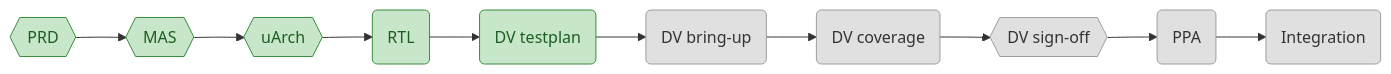
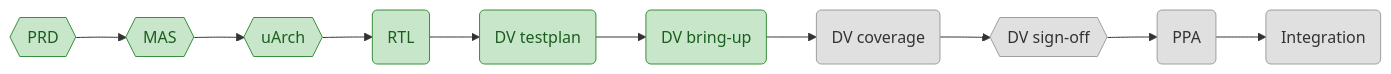
Before and after one commit to matanco64/HWSW_Project: the first of 3 diagrams in hw/PROGRESS.md, drawn with Mermaid. The commit also changed other lines of this file and 11 other files, not shown here.

First line of the commit message:
hw: grape_pipeline dv_bringup done — pyuvm TB green on Verilator+Icarus, bit-exact vs golden, K1=126

````diff
--- a/hw/PROGRESS.md
+++ b/hw/PROGRESS.md
@@ -10,21 +10,21 @@
 ```mermaid
 flowchart LR
     prd{{PRD}}
     mas{{MAS}}
     uarch{{uArch}}
     rtl(RTL)
     dv_testplan(DV testplan)
     dv_bringup(DV bring-up)
     dv_coverage(DV coverage)
     dv_signoff{{DV sign-off}}
     ppa(PPA)
     integration(Integration)
     prd --> mas --> uarch --> rtl --> dv_testplan --> dv_bringup --> dv_coverage --> dv_signoff --> ppa --> integration
     classDef todo fill:#e0e0e0,stroke:#9e9e9e,color:#333
     classDef in_progress fill:#bbdefb,stroke:#1976d2,color:#0d47a1
     classDef review fill:#ffe0b2,stroke:#f57c00,color:#e65100
     classDef done fill:#c8e6c9,stroke:#388e3c,color:#1b5e20
     classDef blocked fill:#ffcdd2,stroke:#d32f2f,color:#b71c1c
-    class dv_bringup,dv_coverage,dv_signoff,ppa,integration todo
-    class prd,mas,uarch,rtl,dv_testplan done
+    class dv_coverage,dv_signoff,ppa,integration todo
+    class prd,mas,uarch,rtl,dv_testplan,dv_bringup done
 ```
````
